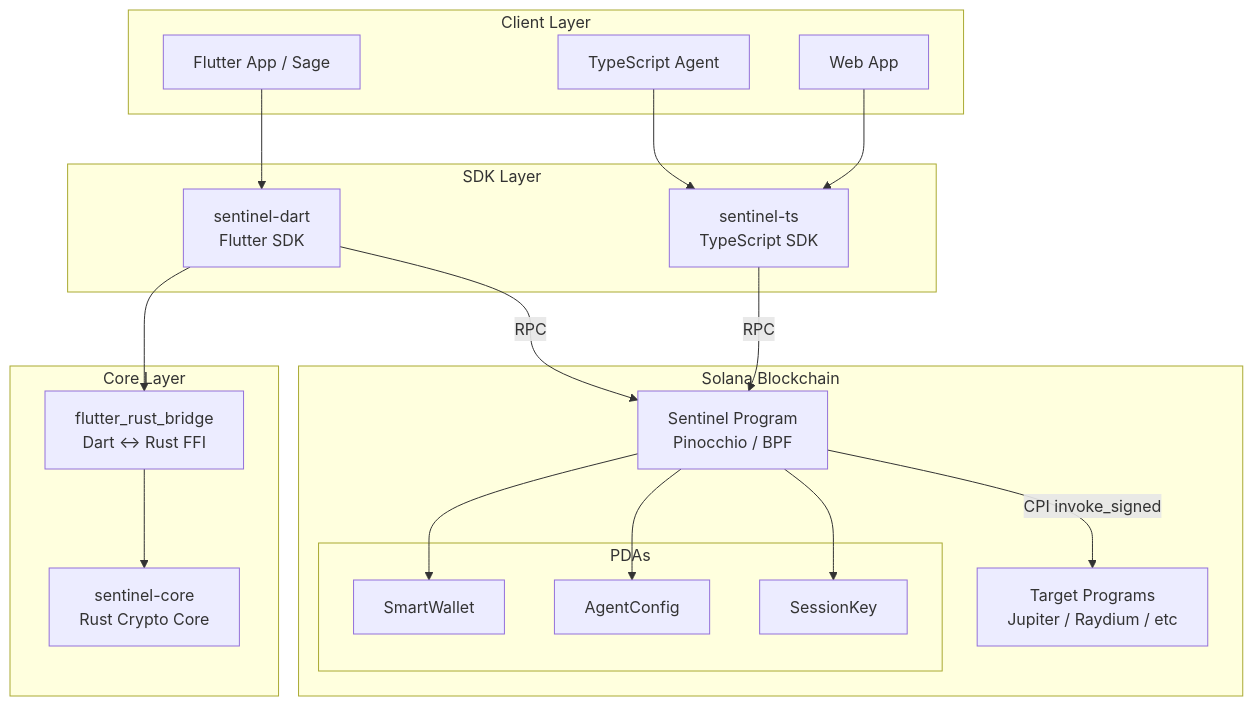
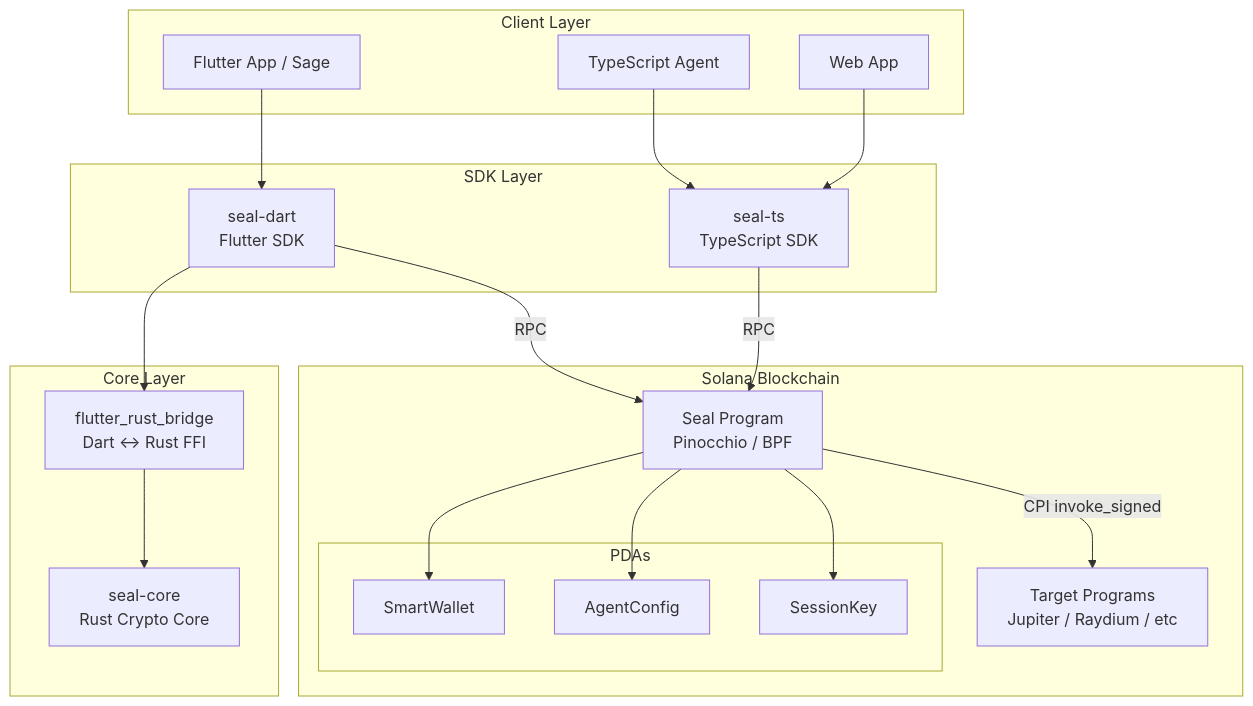
The first of 8 diagrams in ARCHITECTURE.md (Immadominion/sentinel), drawn with Mermaid before and after one commit. The commit also changed other lines of this file and 176 other files, not shown here.

Commit message:
REVAMP/ change name from Sentinel to Seal

````diff
--- a/ARCHITECTURE.md
+++ b/ARCHITECTURE.md
@@ -50,40 +50,40 @@
 ```mermaid
 graph TB
     subgraph "Client Layer"
         FA[Flutter App / Sage]
         TA[TypeScript Agent]
         WA[Web App]
     end
 
     subgraph "SDK Layer"
-        DS[sentinel-dart<br/>Flutter SDK]
-        TS[sentinel-ts<br/>TypeScript SDK]
+        DS[seal-dart<br/>Flutter SDK]
+        TS[seal-ts<br/>TypeScript SDK]
     end
 
     subgraph "Core Layer"
-        RC[sentinel-core<br/>Rust Crypto Core]
+        RC[seal-core<br/>Rust Crypto Core]
         FRB[flutter_rust_bridge<br/>Dart ↔ Rust FFI]
     end
 
     subgraph "Solana Blockchain"
-        SP[Sentinel Program<br/>Pinocchio / BPF]
+        SP[Seal Program<br/>Pinocchio / BPF]
         subgraph "PDAs"
             SW[SmartWallet]
             AC[AgentConfig]
             SK[SessionKey]
         end
         TP[Target Programs<br/>Jupiter / Raydium / etc]
     end
 
     FA --> DS
     TA --> TS
     WA --> TS
     DS --> FRB
     FRB --> RC
     DS -->|RPC| SP
     TS -->|RPC| SP
     SP --> SW
     SP --> AC
     SP --> SK
     SP -->|CPI invoke_signed| TP
 ```
````
